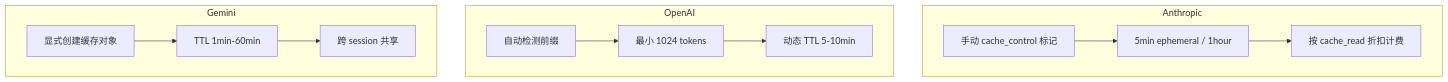
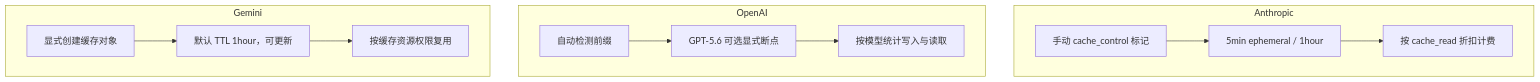
One commit to BeefWrap4/LLM-Knowledge-Base changed the fifth of 5 diagrams in 13_Prompt_Engineering.md. Above: the diagram before and after it, drawn with Mermaid. The commit also changed other lines of this file and 454 other files, not shown here.

````diff
--- a/13_Prompt_Engineering.md
+++ b/13_Prompt_Engineering.md
@@ -1038,23 +1132,23 @@
 ```mermaid
 graph TB
     subgraph "Anthropic"
         A1[手动 cache_control 标记]
         A2[5min ephemeral / 1hour]
         A3[按 cache_read 折扣计费]
         A1 --> A2 --> A3
     end
 
     subgraph "OpenAI"
         B1[自动检测前缀]
-        B2[最小 1024 tokens]
-        B3[动态 TTL 5-10min]
+        B2[GPT-5.6 可选显式断点]
+        B3[按模型统计写入与读取]
         B1 --> B2 --> B3
     end
 
     subgraph "Gemini"
         C1[显式创建缓存对象]
-        C2[TTL 1min-60min]
-        C3[跨 session 共享]
+        C2[默认 TTL 1hour，可更新]
+        C3[按缓存资源权限复用]
         C1 --> C2 --> C3
     end
 ```
````
